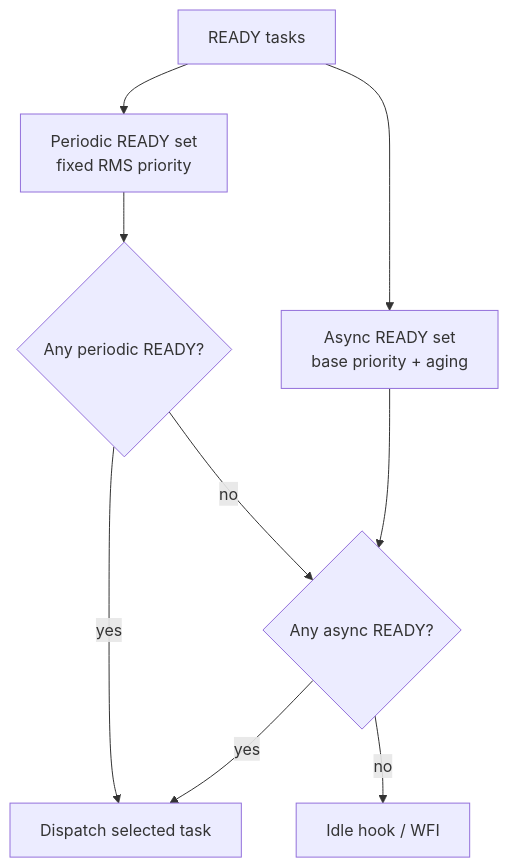
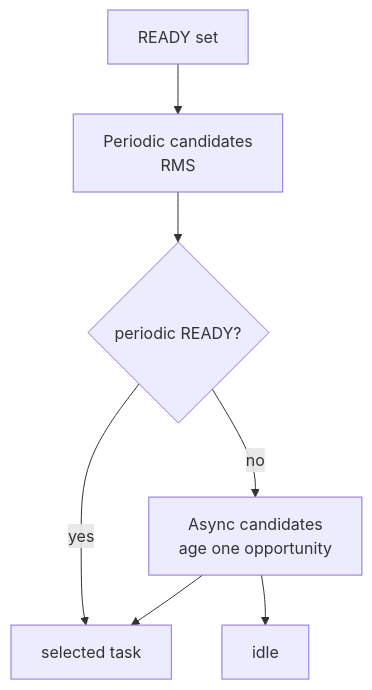
Before and after one commit to tumblewhead/arghtos: the second of 3 diagrams in architecture/A0-architecture-overview.md, drawn with Mermaid. The commit also changed other lines of this file, not shown here.

Commit message:
Align architecture overview with full SRAM residency and audited contracts

````diff
--- a/architecture/A0-architecture-overview.md
+++ b/architecture/A0-architecture-overview.md
@@ -82,19 +85,15 @@
 ```mermaid
 flowchart TB
-  READY["READY tasks"]
-  P["Periodic READY set<br/>fixed RMS priority"]
-  A["Async READY set<br/>base priority + aging"]
-  RP{"Any periodic READY?"}
-  AP{"Any async READY?"}
-  RUN["Dispatch selected task"]
-  IDLE["Idle hook / WFI"]
+  READY["READY set"]
+  P["Periodic candidates<br/>RMS"]
+  Q{"periodic READY?"}
+  A["Async candidates<br/>age one opportunity"]
+  RUN["selected task"]
+  IDLE["idle"]
 
-  READY --> P
-  READY --> A
-  P --> RP
-  RP -- yes --> RUN
-  RP -- no --> AP
-  A --> AP
-  AP -- yes --> RUN
-  AP -- no --> IDLE
+  READY --> P --> Q
+  Q -- yes --> RUN
+  Q -- no --> A
+  A --> RUN
+  A --> IDLE
 ```
````
